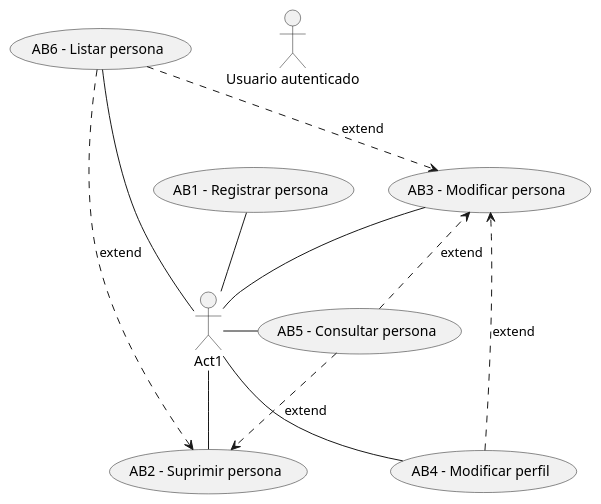
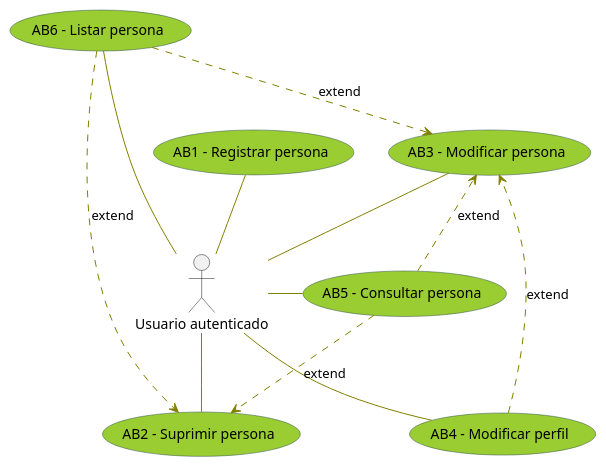
The diagram in docs/Clases/Yacaré/Base/UC_Persona.pu (alediazrc/yacare), drawn with PlantUML before and after one commit. The commit also changed 5 other files, not shown here.

```diff
--- a/docs/Clases/Yacaré/Base/UC_Persona.pu
+++ b/docs/Clases/Yacaré/Base/UC_Persona.pu
@@ -1,28 +1,35 @@
 @startuml
 
+skinparam usecase {
+Backgroundcolor YellowGreen
+Bordercolor DarkSlateGrey
+
+ArrowColor Olive
+}
+
 /' ACTORES '/
-actor :Usuario autenticado: as act1
+actor :Usuario autenticado: as Act1
 
 /' CASOS DE USO '/
 (AB1 - Registrar persona) as AB1
 (AB2 - Suprimir persona) as AB2
 (AB3 - Modificar persona) as AB3
 (AB4 - Modificar perfil) as AB4
 (AB5 - Consultar persona) as AB5
 (AB6 - Listar persona) as AB6
 
 /' RELACIONES '/
 Act1 -up- AB1
 Act1 -- AB2
 Act1 -up- AB3
 Act1 -- AB4
 Act1 -r- AB5
 Act1 -l- AB6
 
 AB4 ..> AB3 : extend
 AB5 ..> AB2 : extend
 AB5 ..> AB3 : extend
 AB6 ..> AB2 : extend
 AB6 ..> AB3 : extend
 
 @enduml
```
